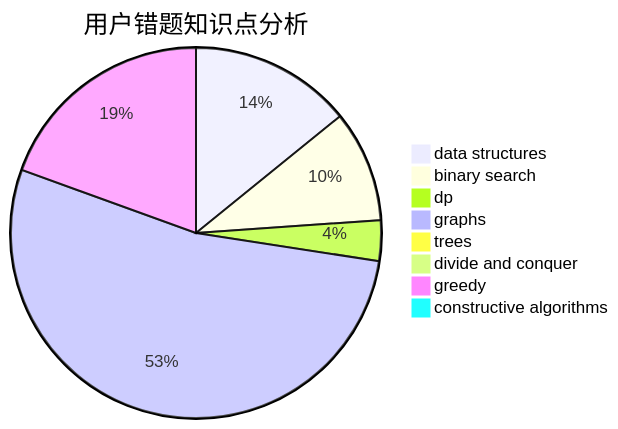
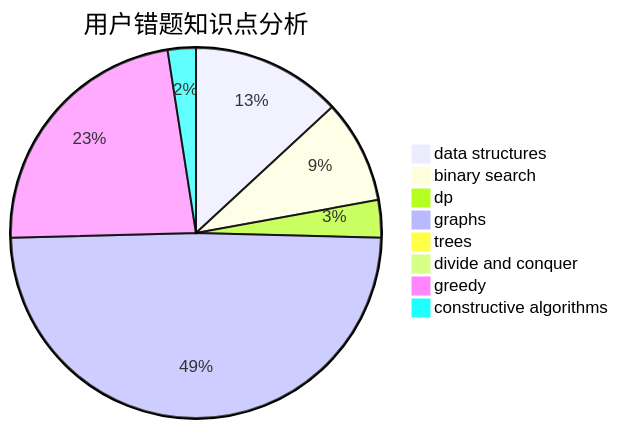
One commit to sherpahu/cfrs.github.io changed the third of 3 diagrams in docs/user/u156.md. Above: the diagram before and after it, drawn with Mermaid. The commit also changed other lines of this file and 2770 other files, not shown here.

````diff
--- a/docs/user/u156.md
+++ b/docs/user/u156.md
@@ -36,11 +36,11 @@
 ```mermaid
 pie title 用户错题知识点分析
     "data structures" :  16
     "binary search" :  11
     "dp" :  4
     "graphs" :  60
     "trees" :  0
     "divide and conquer" :  0
-    "greedy" :  22
-    "constructive algorithms" :  1
+    "greedy" :  28
+    "constructive algorithms" :  3
 ```
````
